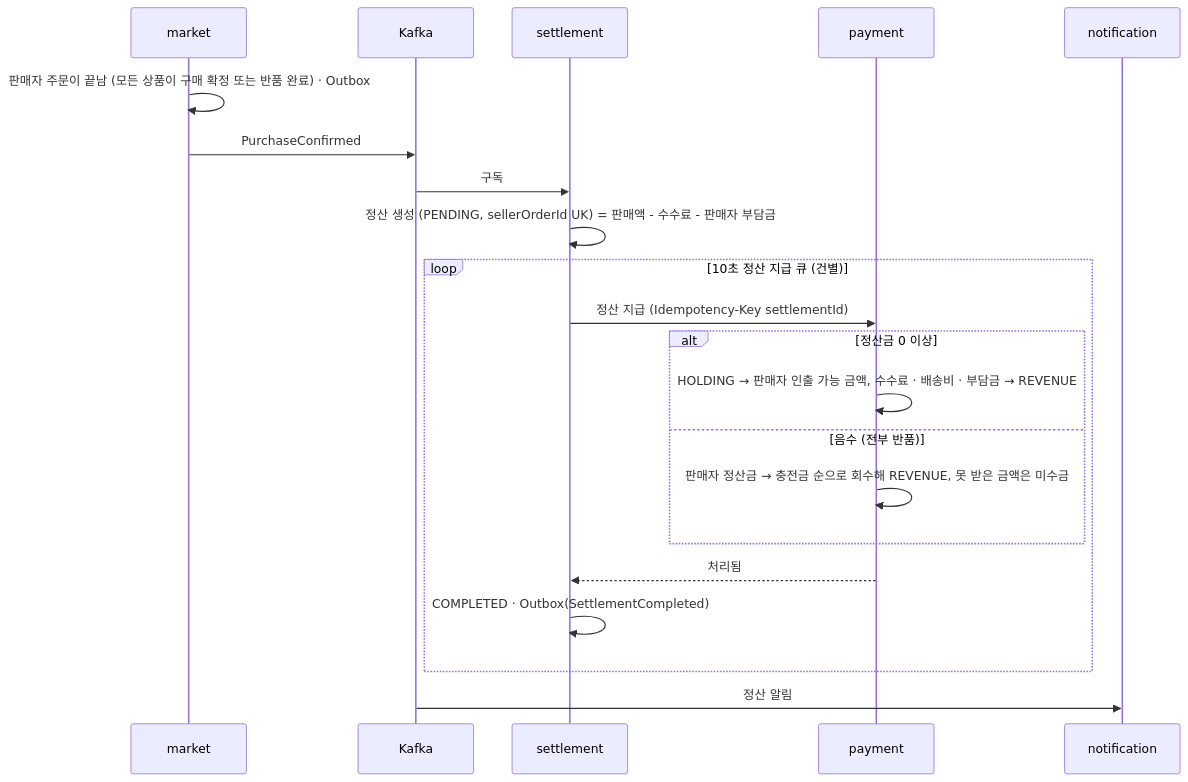
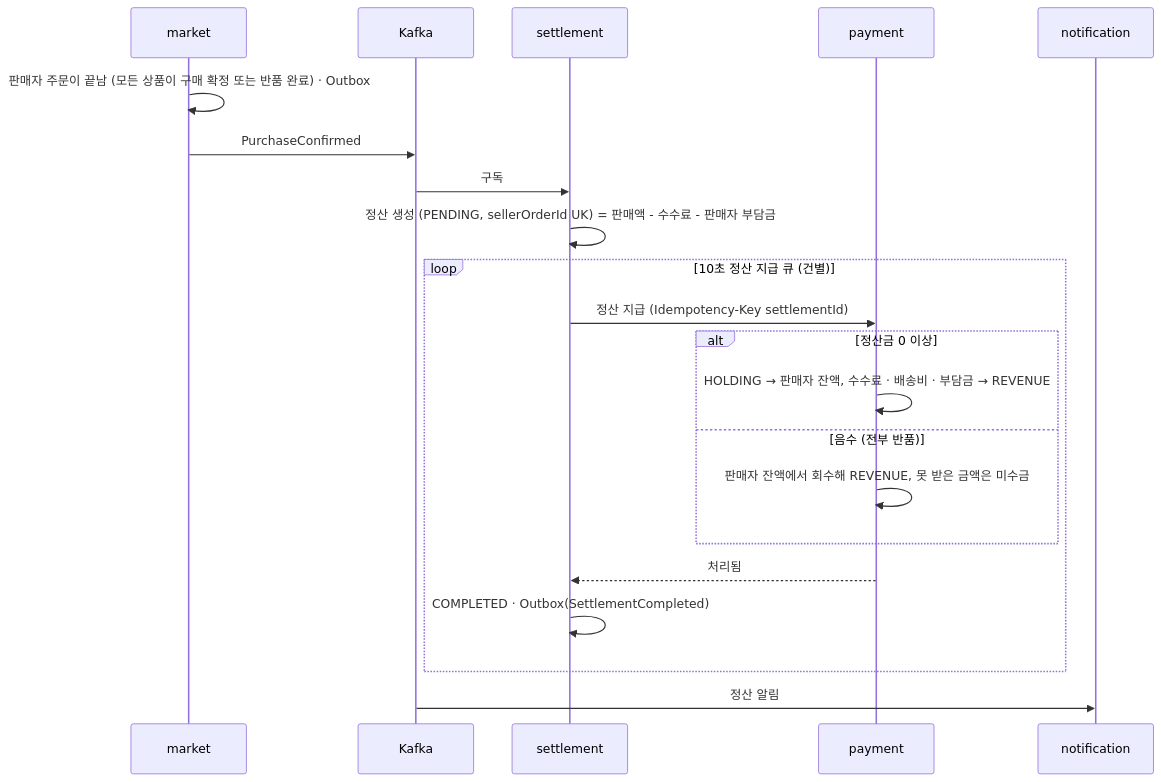
The diagram in docs/flows/confirm-settlement.md (prgrms-be-adv-devcourse/beadv8_8_JustCommit_BE), drawn with Mermaid before and after one commit. The commit also changed other lines of this file and 5 other files, not shown here.

Commit message:
Docs: 정산 지급 판매자 부담금 · 배송비 · 음수 정산 회수 반영 (#379)

````diff
--- a/docs/flows/confirm-settlement.md
+++ b/docs/flows/confirm-settlement.md
@@ -8,23 +8,23 @@
 ```mermaid
 sequenceDiagram
     participant M as market
     participant K as Kafka
     participant S as settlement
     participant P as payment
     participant N as notification
     M->>M: 판매자 주문이 끝남 (모든 상품이 구매 확정 또는 반품 완료) · Outbox
     M->>K: PurchaseConfirmed
     K->>S: 구독
     S->>S: 정산 생성 (PENDING, sellerOrderId UK) = 판매액 - 수수료 - 판매자 부담금
     loop 10초 정산 지급 큐 (건별)
         S->>P: 정산 지급 (Idempotency-Key settlementId)
         alt 정산금 0 이상
-            P->>P: HOLDING → 판매자 인출 가능 금액, 수수료 · 배송비 · 부담금 → REVENUE
+            P->>P: HOLDING → 판매자 잔액, 수수료 · 배송비 · 부담금 → REVENUE
         else 음수 (전부 반품)
-            P->>P: 판매자 정산금 → 충전금 순으로 회수해 REVENUE, 못 받은 금액은 미수금
+            P->>P: 판매자 잔액에서 회수해 REVENUE, 못 받은 금액은 미수금
         end
         P-->>S: 처리됨
         S->>S: COMPLETED · Outbox(SettlementCompleted)
     end
     K->>N: 정산 알림
 ```
````
